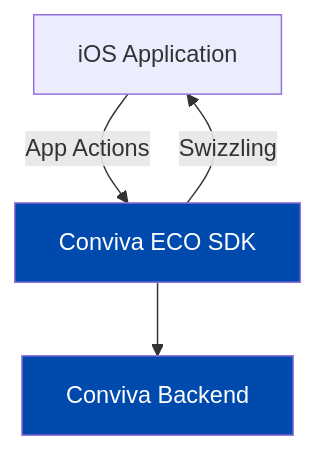
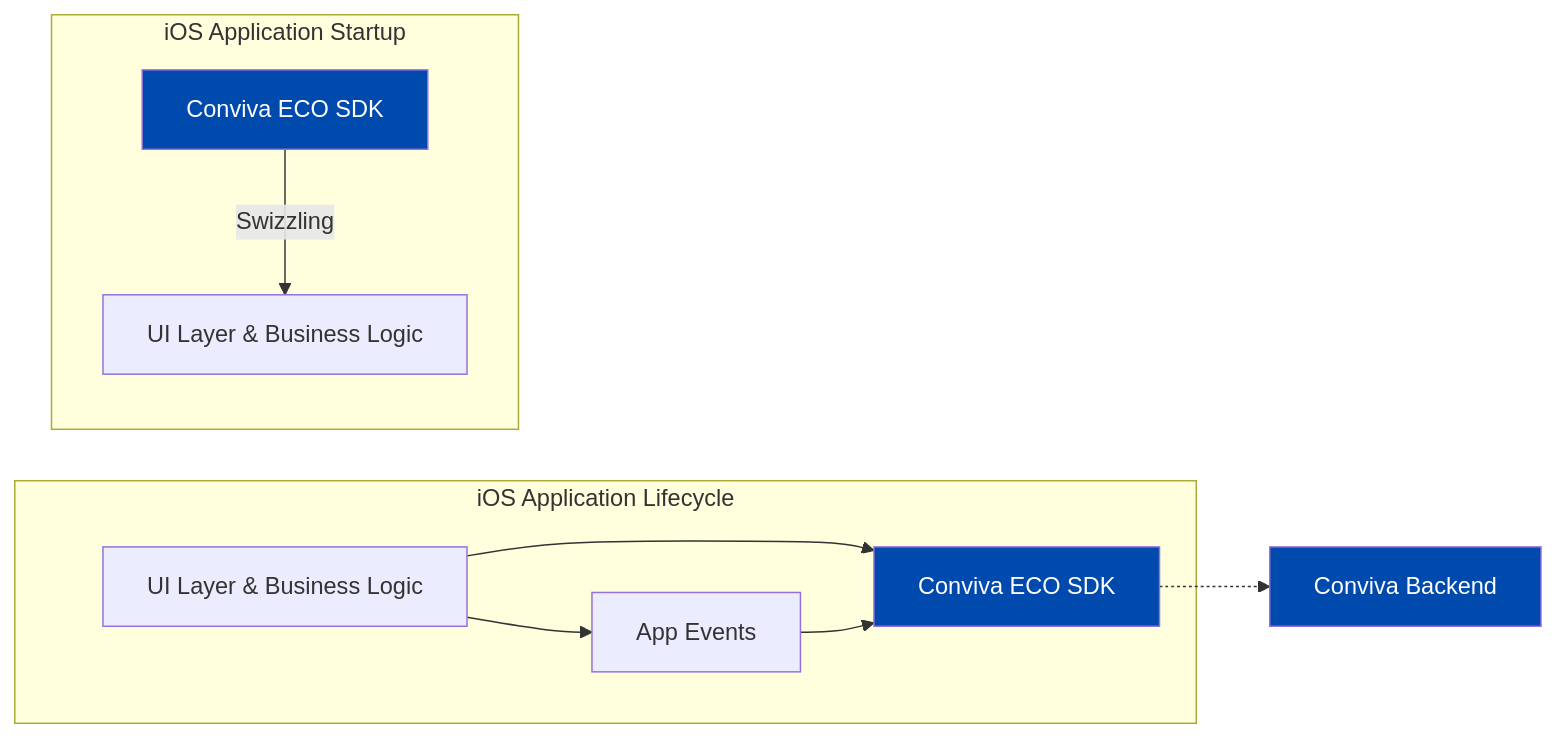
Before and after one commit to conviva-nsolanki/conviva-ios-appanalytics: the diagram in README.md, drawn with Mermaid.

Commit message:
Update README.md
update diagram to make it better

````diff
--- a/README.md
+++ b/README.md
@@ -23,12 +23,20 @@
-  ```mermaid
-    graph TD
-    app[iOS Application];
-    sdk[Conviva ECO SDK];
-    backend[Conviva Backend];
-    app --> |App Actions| sdk;
-    sdk --> backend;
-    sdk --> |Swizzling| app;
+```mermaid
+   graph LR
+        %% Lifecycle Phase
+    subgraph "iOS Application Lifecycle"
+        app[UI Layer & Business Logic] --> sdk[Conviva ECO SDK]
+        app --> events[App Events]
+        events --> sdk
+    end
+    sdk -.-> backend[Conviva Backend]
 
+    %% Startup Phase
+    subgraph "iOS Application Startup"
+        sdk_startup[Conviva ECO SDK] -->|Swizzling| app_startup[UI Layer & Business Logic]
+    end
+
+    %% Styling
     style sdk fill:#004AAD,color:#FFFFFF
     style backend fill:#004AAD,color:#FFFFFF
-  ```
+    style sdk_startup fill:#004AAD,color:#FFFFFF
+```
````
